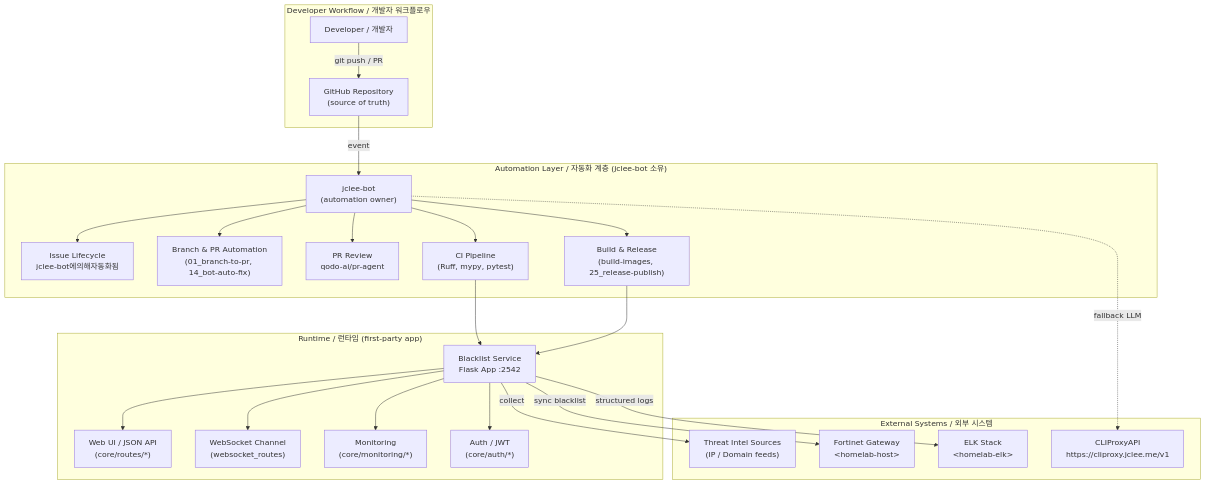
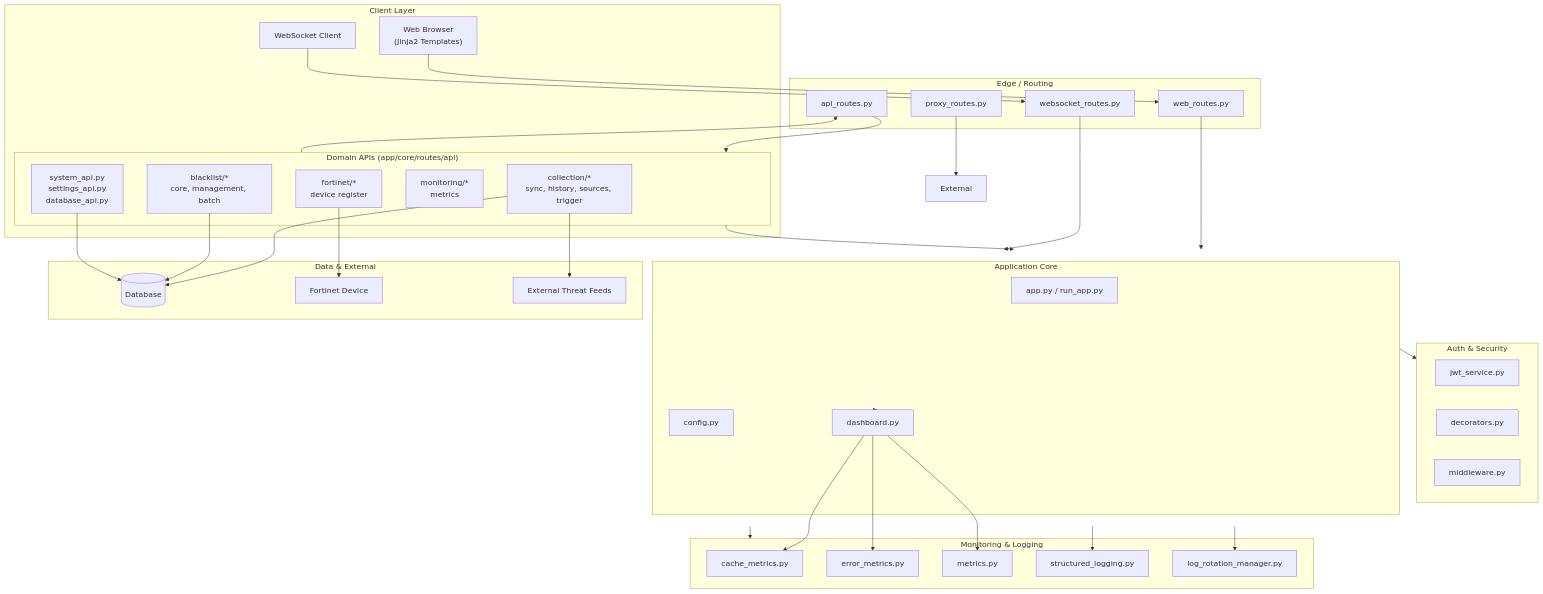
The first of 2 diagrams in README.md (jclee941/blacklist), drawn with Mermaid before and after one commit. The commit also changed other lines of this file, not shown here.

Commit message:
docs: auto-update README.md (#495)

````diff
--- a/README.md
+++ b/README.md
@@ -61,49 +24,71 @@
 ```mermaid
 flowchart TB
-    subgraph DEV["Developer Workflow / 개발자 워크플로우"]
-        DevUser["Developer / 개발자"]
-        GHRepo["GitHub Repository<br/>(source of truth)"]
+    subgraph Client["Client Layer"]
+        Browser["Web Browser<br/>(Jinja2 Templates)"]
+        API["External API Client"]
+        WS["WebSocket Client"]
     end
 
-    subgraph AUTO["Automation Layer / 자동화 계층 (jclee-bot 소유)"]
-        Bot["jclee-bot<br/>(automation owner)"]
-        IssueAuto["Issue Lifecycle<br/>jclee-bot에의해자동화됨"]
-        PRAuto["Branch &amp; PR Automation<br/>(01_branch-to-pr, 14_bot-auto-fix)"]
-        Review["PR Review<br/>qodo-ai/pr-agent"]
-        CIPipe["CI Pipeline<br/>(Ruff, mypy, pytest)"]
-        BuildRel["Build &amp; Release<br/>(build-images, 25_release-publish)"]
+    subgraph Edge["Edge / Routing"]
+        WebRoutes["web_routes.py"]
+        APIRoutes["api_routes.py"]
+        WSRoutes["websocket_routes.py"]
+        ProxyRoutes["proxy_routes.py"]
     end
 
-    subgraph RUN["Runtime / 런타임 (first-party app)"]
-        App["Blacklist Service<br/>Flask App :2542"]
-        UIRoutes["Web UI / JSON API<br/>(core/routes/*)"]
-        WSChan["WebSocket Channel<br/>(websocket_routes)"]
-        Mon["Monitoring<br/>(core/monitoring/*)"]
-        Auth["Auth / JWT<br/>(core/auth/*)"]
+    subgraph Auth["Auth &amp; Security"]
+        JWT["jwt_service.py"]
+        Decorators["decorators.py"]
+        Middleware["middleware.py"]
     end
 
-    subgraph EXT["External Systems / 외부 시스템"]
-        Sources["Threat Intel Sources<br/>(IP / Domain feeds)"]
-        Fortinet["Fortinet Gateway<br/>&lt;homelab-host&gt;"]
-        ELK["ELK Stack<br/>&lt;homelab-elk&gt;"]
-        Proxy["CLIProxyAPI<br/>https://cliproxy.jclee.me/v1"]
+    subgraph App["Application Core"]
+        AppPy["app.py / run_app.py"]
+        Config["config.py"]
+        Dashboard["dashboard.py"]
     end
 
-    DevUser -->|git push / PR| GHRepo
-    GHRepo -->|event| Bot
-    Bot --> IssueAuto
-    Bot --> PRAuto
-    Bot --> Review
-    Bot --> CIPipe
-    Bot --> BuildRel
-    CIPipe --> App
-    BuildRel --> App
-    App --> UIRoutes
-    App --> WSChan
-    App --> Mon
+    subgraph API["Domain APIs (app/core/routes/api)"]
+        Collection["collection/*<br/>sync, history, sources, trigger"]
+        Blacklist["blacklist/*<br/>core, management, batch"]
+        Fortinet["fortinet/*<br/>device register"]
+        Monitor["monitoring/*<br/>metrics"]
+        System["system_api.py<br/>settings_api.py<br/>database_api.py"]
+    end
+
+    subgraph Observability["Monitoring &amp; Logging"]
+        CacheMetrics["cache_metrics.py"]
+        ErrorMetrics["error_metrics.py"]
+        Metrics["metrics.py"]
+        StructuredLog["structured_logging.py"]
+        LogRotation["log_rotation_manager.py"]
+    end
+
+    subgraph Data["Data &amp; External"]
+        DB[("Database")]
+        FortinetDevice["Fortinet Device"]
+        ThreatFeeds["External Threat Feeds"]
+    end
+
+    Browser --> WebRoutes
+    API --> APIRoutes
+    WS --> WSRoutes
+    APIRoutes --> API
+    WebRoutes --> App
+    API --> App
+    WSRoutes --> App
+    ProxyRoutes --> External
     App --> Auth
-    App -->|collect| Sources
-    App -->|sync blacklist| Fortinet
-    App -->|structured logs| ELK
-    Bot -.fallback LLM.-> Proxy
+    App --> Dashboard
+    App --> Observability
+    Collection --> DB
+    Blacklist --> DB
+    Fortinet --> FortinetDevice
+    Collection --> ThreatFeeds
+    System --> DB
+    Dashboard --> CacheMetrics
+    Dashboard --> ErrorMetrics
+    Dashboard --> Metrics
+    App --> StructuredLog
+    App --> LogRotation
 ```
````
